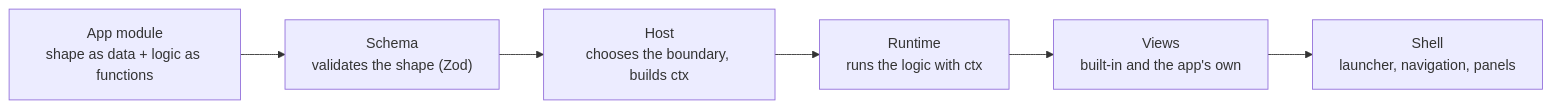
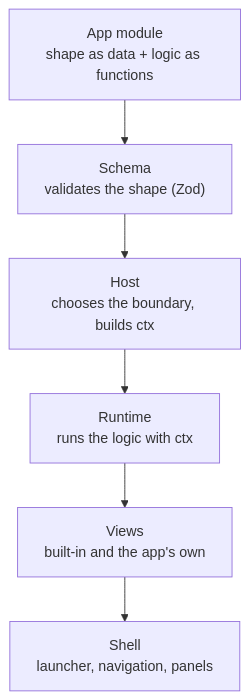
One commit to potyro-app/potyro changed the first of 9 diagrams in docs/00-how-potyro-works.md. Above: the diagram before and after it, drawn with Mermaid. The commit also changed other lines of this file, not shown here.

First line of the commit message:
docs: 00 — diagrams that parse and fit a page column

````diff
--- a/docs/00-how-potyro-works.md
+++ b/docs/00-how-potyro-works.md
@@ -123,8 +123,8 @@
 ```mermaid
-flowchart LR
+flowchart TB
   A["App module<br/>shape as data + logic as functions"] --> S["Schema<br/>validates the shape (Zod)"]
   S --> H["Host<br/>chooses the boundary, builds ctx"]
   H --> R["Runtime<br/>runs the logic with ctx"]
   R --> V["Views<br/>built-in and the app's own"]
   V --> SH["Shell<br/>launcher, navigation, panels"]
 ```
````
